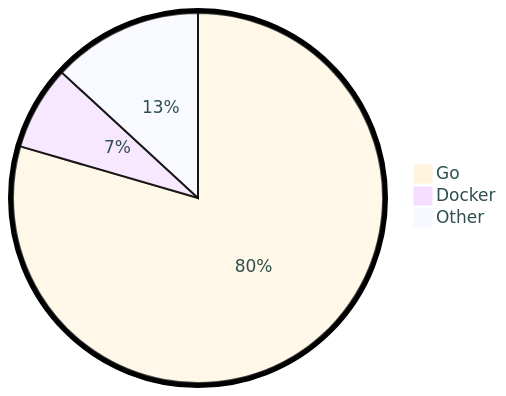
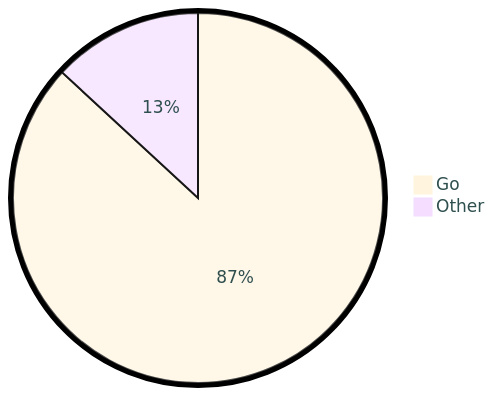
The diagram in README.md (tot0p/tot0p), drawn with Mermaid before and after one commit. The commit also changed other lines of this file, not shown here.

````diff
--- a/README.md
+++ b/README.md
@@ -78,7 +78,6 @@
 ```mermaid
 %%{init: {"pie": {"textPosition": 0.5}, "themeVariables": {"pieOuterStrokeWidth": "5px","primaryTextColor" : "#2F4F4F"},"theme":"base"} }%%
 pie
-	"Go": 79.5
-	"Docker": 7.35
-	"Other": 13.15
+	"Go": 86.87
+	"Other": 13.120000000000001
 ```
````
